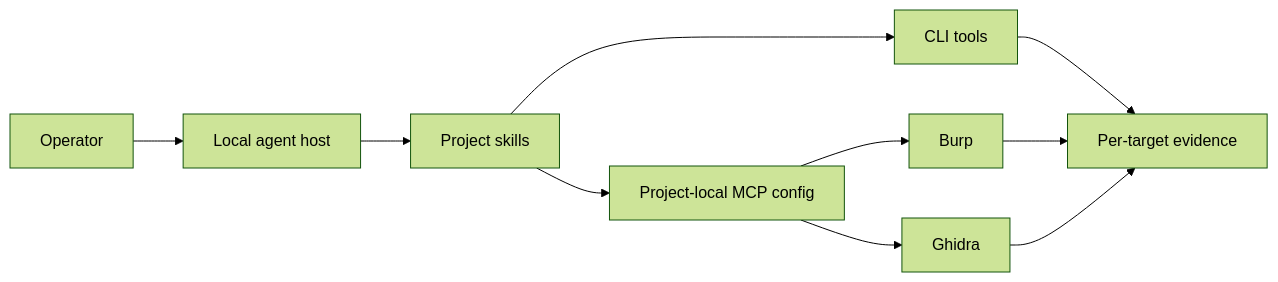
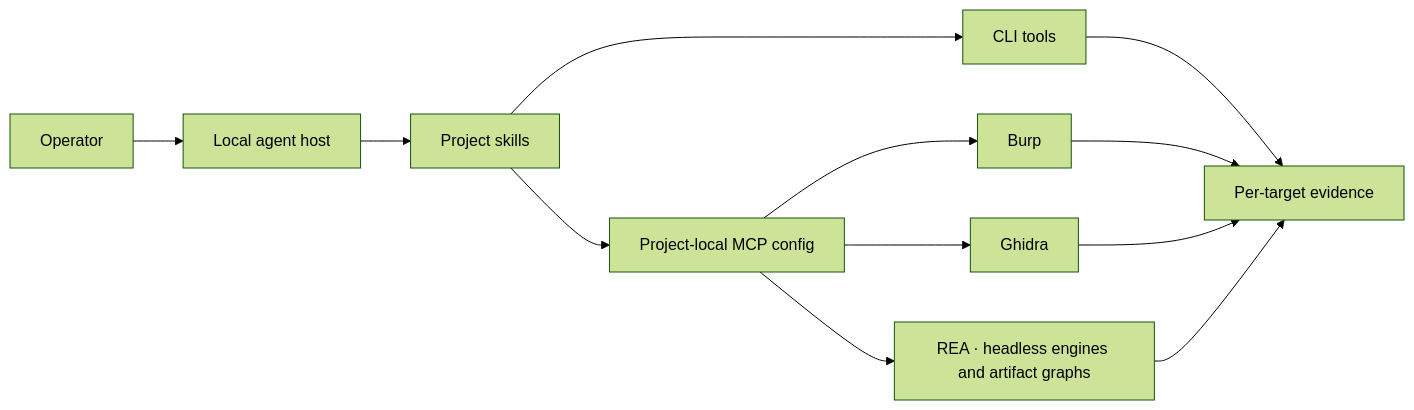
One commit to BleedingDev/agentic-security-workspace changed the diagram in docs/project-overview.md. Above: the diagram before and after it, drawn with Mermaid (forest theme). The commit also changed other lines of this file and 10 other files, not shown here.

```diff
--- a/docs/project-overview.md
+++ b/docs/project-overview.md
@@ -13,12 +13,14 @@
 ~~~mermaid
 flowchart LR
     O["Operator"] --> H["Local agent host"]
     H --> S["Project skills"]
     S --> C["CLI tools"]
     S --> M["Project-local MCP config"]
     M --> B["Burp"]
     M --> G["Ghidra"]
+    M --> R["REA · headless engines and artifact graphs"]
+    R --> E
     C --> E["Per-target evidence"]
     B --> E
     G --> E
 ~~~
```
